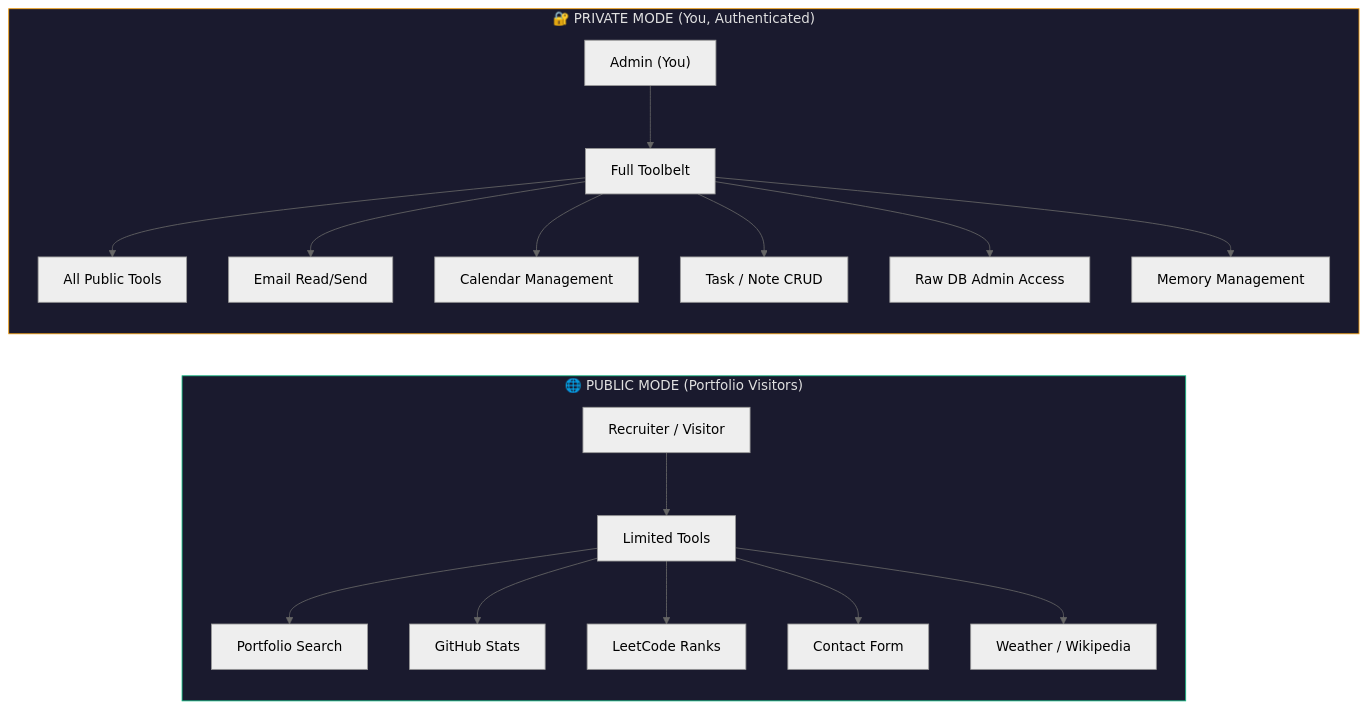
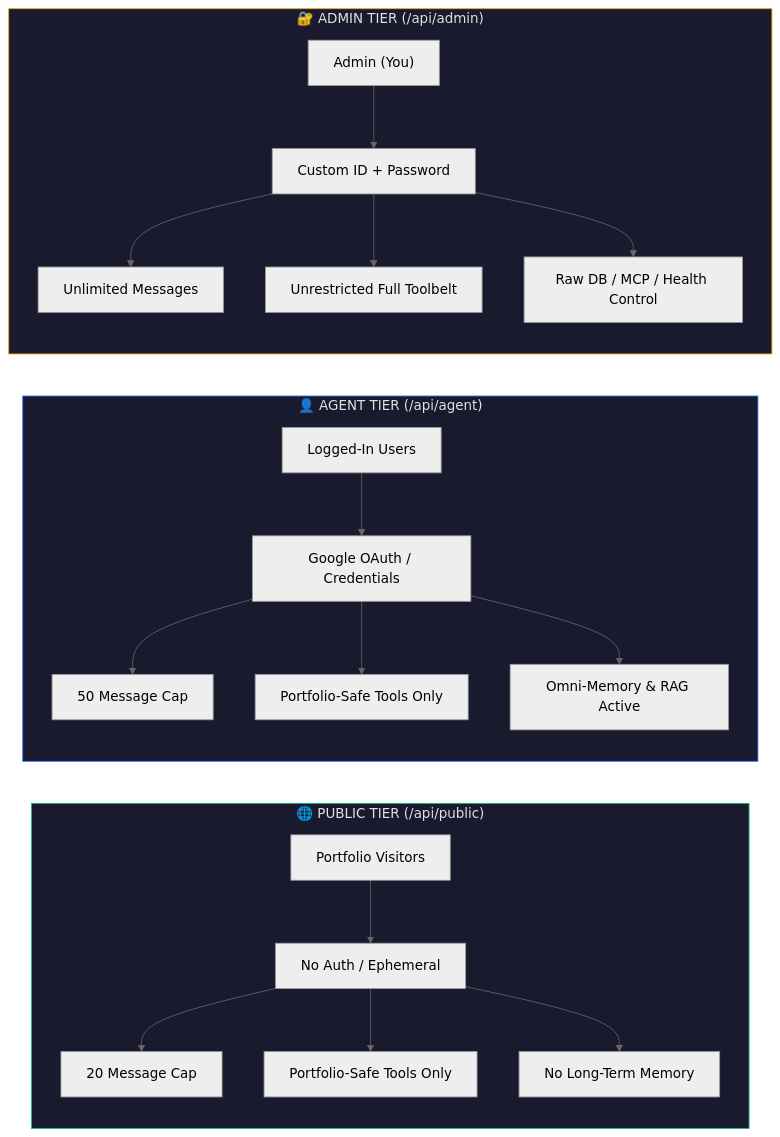
The first of 12 diagrams in SYSTEM_DESIGN.md (Anurag-Basuri/personal_agent), drawn with Mermaid (neutral theme) before and after one commit. The commit also changed other lines of this file and 1 other file, not shown here.

Commit message:
docs: update architecture documentation for tri-tier model

````diff
--- a/SYSTEM_DESIGN.md
+++ b/SYSTEM_DESIGN.md
@@ -53,24 +53,27 @@
 ```mermaid
 graph LR
-    subgraph Public["🌐 PUBLIC MODE (Portfolio Visitors)"]
-        V["Recruiter / Visitor"] --> PL["Limited Tools"]
-        PL --> P1["Portfolio Search"]
-        PL --> P2["GitHub Stats"]
-        PL --> P3["LeetCode Ranks"]
-        PL --> P4["Contact Form"]
-        PL --> P5["Weather / Wikipedia"]
+    subgraph Public["🌐 PUBLIC TIER (/api/public)"]
+        V["Portfolio Visitors"] --> PL["No Auth / Ephemeral"]
+        PL --> P1["20 Message Cap"]
+        PL --> P2["Portfolio-Safe Tools Only"]
+        PL --> P3["No Long-Term Memory"]
     end
     
-    subgraph Private["🔐 PRIVATE MODE (You, Authenticated)"]
-        A["Admin (You)"] --> AL["Full Toolbelt"]
-        AL --> A1["All Public Tools"]
-        AL --> A2["Email Read/Send"]
-        AL --> A3["Calendar Management"]
-        AL --> A4["Task / Note CRUD"]
-        AL --> A5["Raw DB Admin Access"]
-        AL --> A6["Memory Management"]
+    subgraph Agent["👤 AGENT TIER (/api/agent)"]
+        U["Logged-In Users"] --> AL["Google OAuth / Credentials"]
+        AL --> A1["50 Message Cap"]
+        AL --> A2["Portfolio-Safe Tools Only"]
+        AL --> A3["Omni-Memory & RAG Active"]
+    end
+
+    subgraph Admin["🔐 ADMIN TIER (/api/admin)"]
+        A["Admin (You)"] --> ADL["Custom ID + Password"]
+        ADL --> AD1["Unlimited Messages"]
+        ADL --> AD2["Unrestricted Full Toolbelt"]
+        ADL --> AD3["Raw DB / MCP / Health Control"]
     end
     
     style Public fill:#1a1a2e,stroke:#10b981,color:#e0e0e0
-    style Private fill:#1a1a2e,stroke:#f59e0b,color:#e0e0e0
+    style Agent fill:#1a1a2e,stroke:#3b82f6,color:#e0e0e0
+    style Admin fill:#1a1a2e,stroke:#f59e0b,color:#e0e0e0
 ```
````
